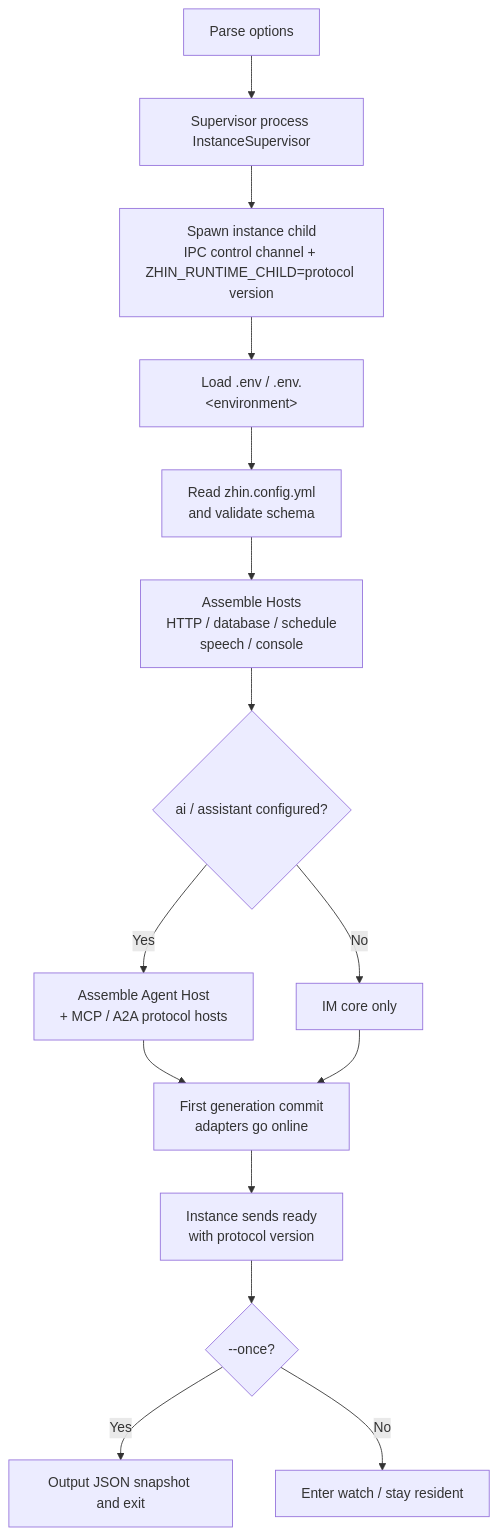
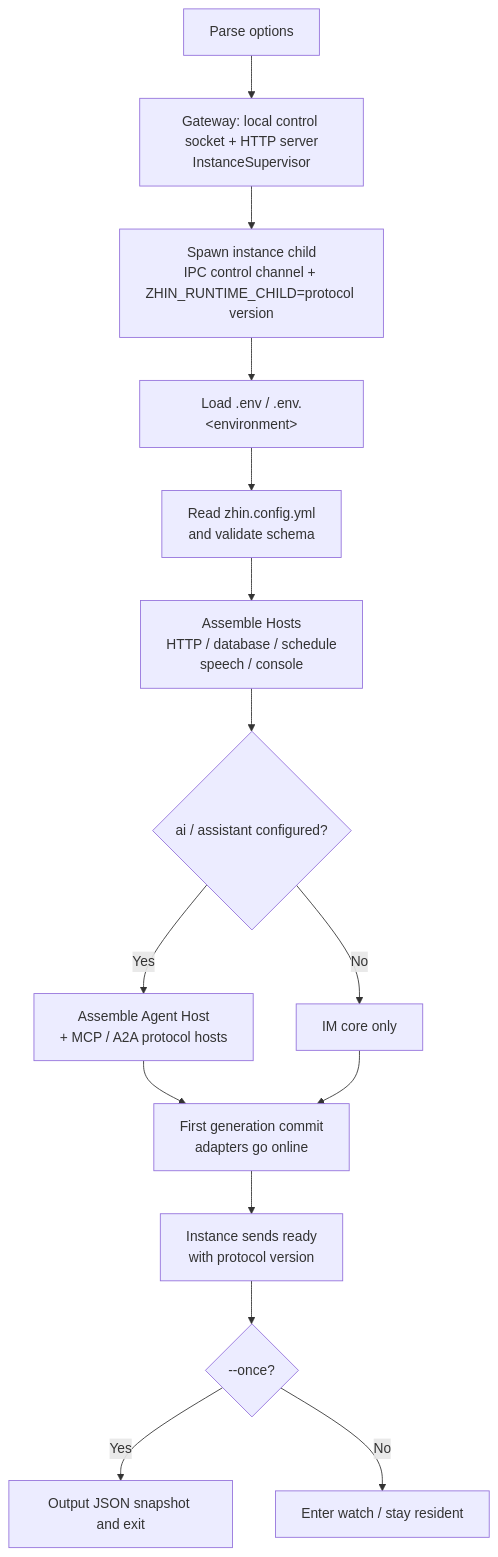
The diagram in docs/en/cli/runtime.md (zhinjs/zhin), drawn with Mermaid before and after one commit. The commit also changed other lines of this file and 63 other files, not shown here.

````diff
--- a/docs/en/cli/runtime.md
+++ b/docs/en/cli/runtime.md
@@ -64,17 +94,17 @@
 ```mermaid
 flowchart TD
-    A[Parse options] --> B[Supervisor process InstanceSupervisor]
+    A[Parse options] --> B[Gateway: local control socket + HTTP server<br/>InstanceSupervisor]
     B --> C[Spawn instance child<br/>IPC control channel + ZHIN_RUNTIME_CHILD=protocol version]
     C --> D[Load .env / .env.&lt;environment&gt;]
     D --> E[Read zhin.config.yml<br/>and validate schema]
     E --> F[Assemble Hosts<br/>HTTP / database / schedule<br/>speech / console]
     F --> G{ai / assistant configured?}
     G -- Yes --> H[Assemble Agent Host<br/>+ MCP / A2A protocol hosts]
     G -- No --> I[IM core only]
     H --> J[First generation commit<br/>adapters go online]
     I --> J
     J --> R[Instance sends ready<br/>with protocol version]
     R --> K{--once?}
     K -- Yes --> L[Output JSON snapshot and exit]
     K -- No --> M[Enter watch / stay resident]
 ```
````
